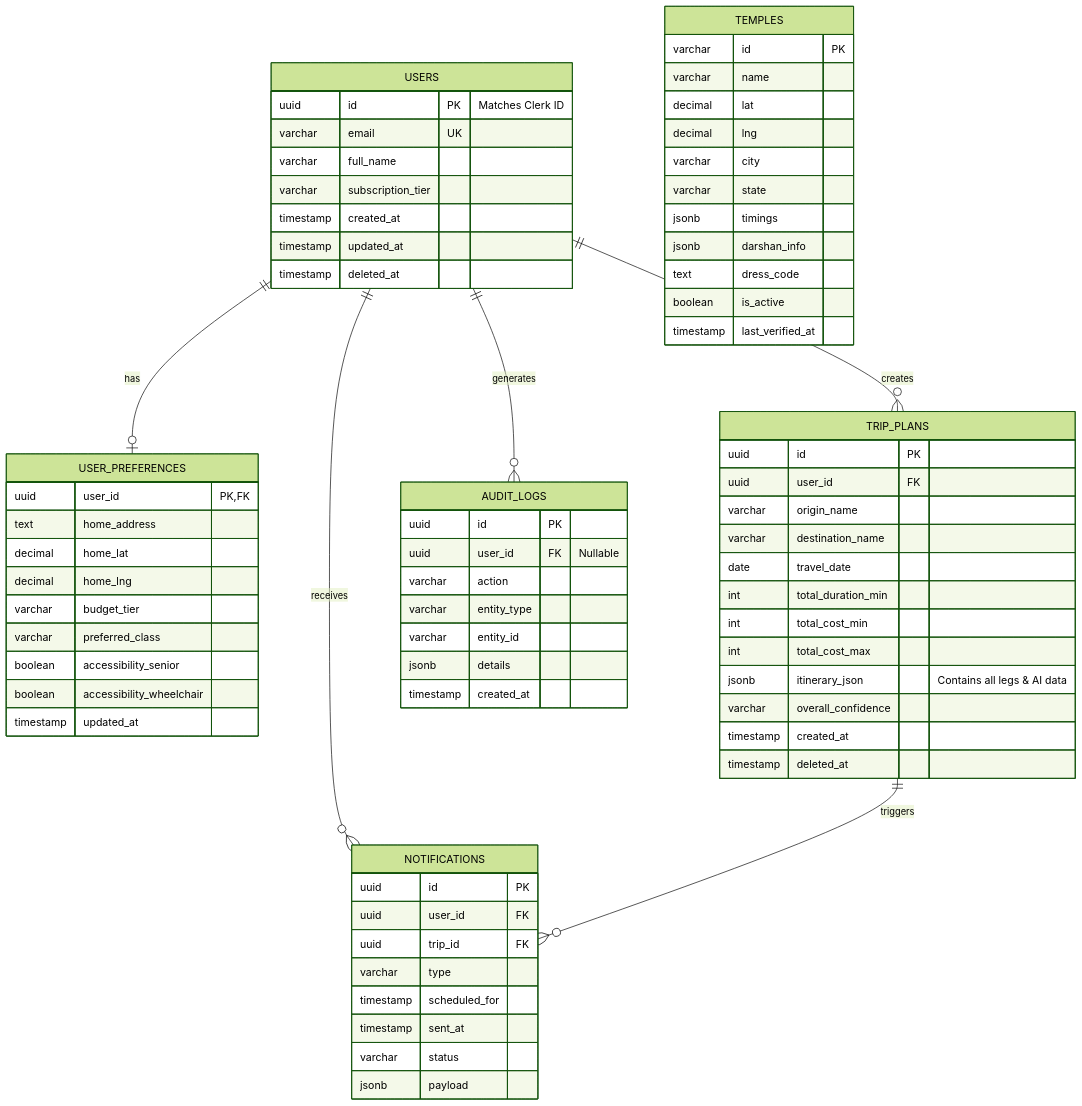
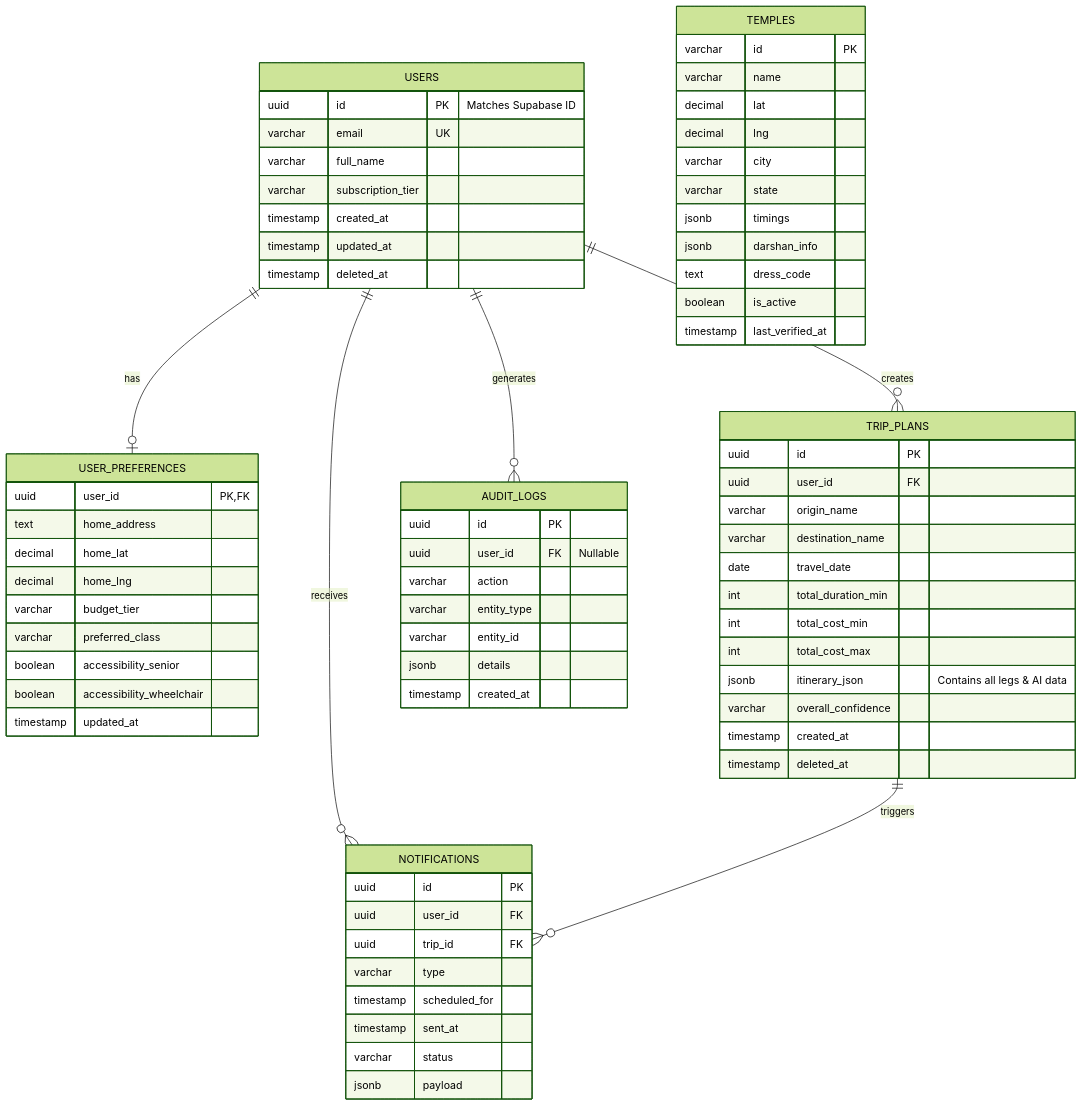
One commit to ayushrai1235/TravelMate changed the diagram in docs/07-database/ER Diagram.md. Above: the diagram before and after it, drawn with Mermaid (forest theme). The commit also changed other lines of this file and 77 other files, not shown here.

Commit message:
feat: initialize core backend architecture and documentation for TravelMate API service

````diff
--- a/docs/07-database/ER Diagram.md
+++ b/docs/07-database/ER Diagram.md
@@ -12,81 +12,81 @@
 ```mermaid
 erDiagram
     USERS ||--o| USER_PREFERENCES : has
     USERS ||--o{ TRIP_PLANS : creates
     USERS ||--o{ NOTIFICATIONS : receives
     USERS ||--o{ AUDIT_LOGS : generates
     
     TRIP_PLANS ||--o{ NOTIFICATIONS : triggers
     
     USERS {
-        uuid id PK "Matches Clerk ID"
+        uuid id PK "Matches Supabase ID"
         varchar email UK
         varchar full_name
         varchar subscription_tier
         timestamp created_at
         timestamp updated_at
         timestamp deleted_at
     }
     
     USER_PREFERENCES {
         uuid user_id PK, FK
         text home_address
         decimal home_lat
         decimal home_lng
         varchar budget_tier
         varchar preferred_class
         boolean accessibility_senior
         boolean accessibility_wheelchair
         timestamp updated_at
     }
     
     TRIP_PLANS {
         uuid id PK
         uuid user_id FK
         varchar origin_name
         varchar destination_name
         date travel_date
         int total_duration_min
         int total_cost_min
         int total_cost_max
         jsonb itinerary_json "Contains all legs & AI data"
         varchar overall_confidence
         timestamp created_at
         timestamp deleted_at
     }
     
     TEMPLES {
         varchar id PK
         varchar name
         decimal lat
         decimal lng
         varchar city
         varchar state
         jsonb timings
         jsonb darshan_info
         text dress_code
         boolean is_active
         timestamp last_verified_at
     }
     
     NOTIFICATIONS {
         uuid id PK
         uuid user_id FK
         uuid trip_id FK
         varchar type
         timestamp scheduled_for
         timestamp sent_at
         varchar status
         jsonb payload
     }
     
     AUDIT_LOGS {
         uuid id PK
         uuid user_id FK "Nullable"
         varchar action
         varchar entity_type
         varchar entity_id
         jsonb details
         timestamp created_at
     }
 ```
````
